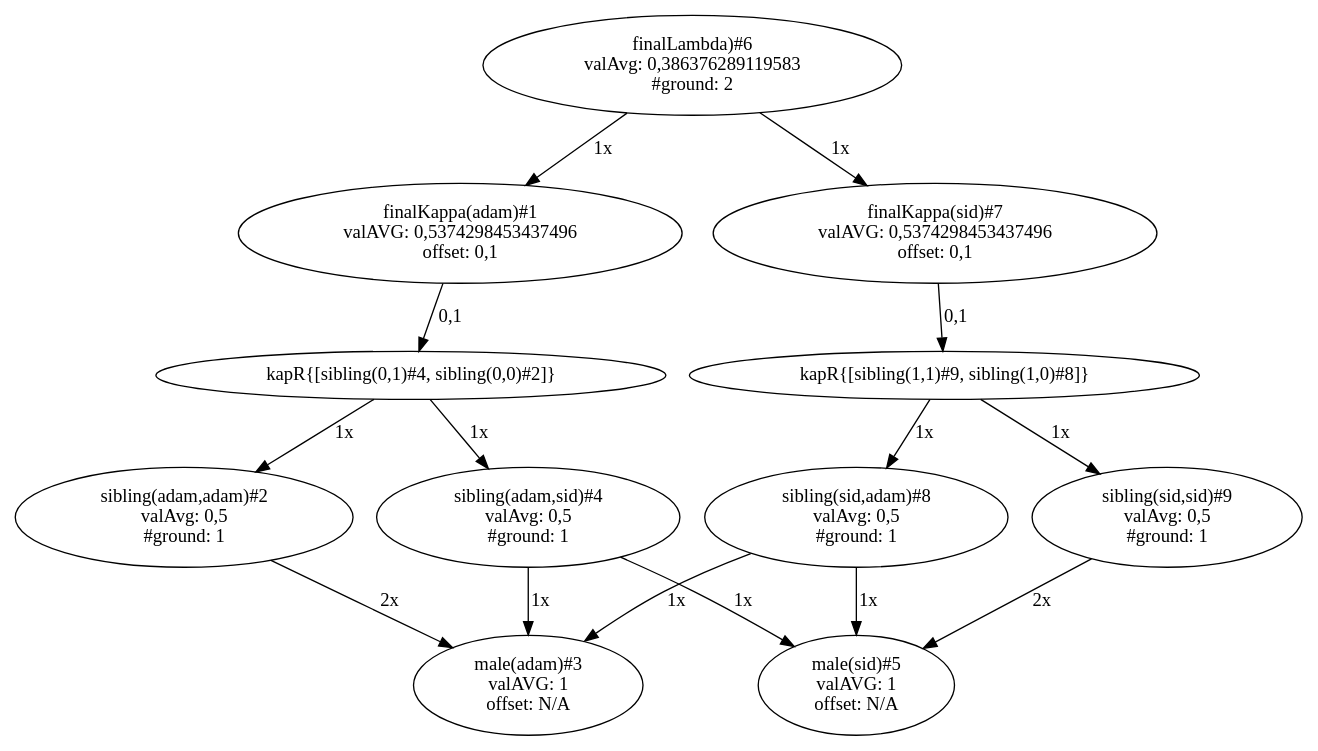
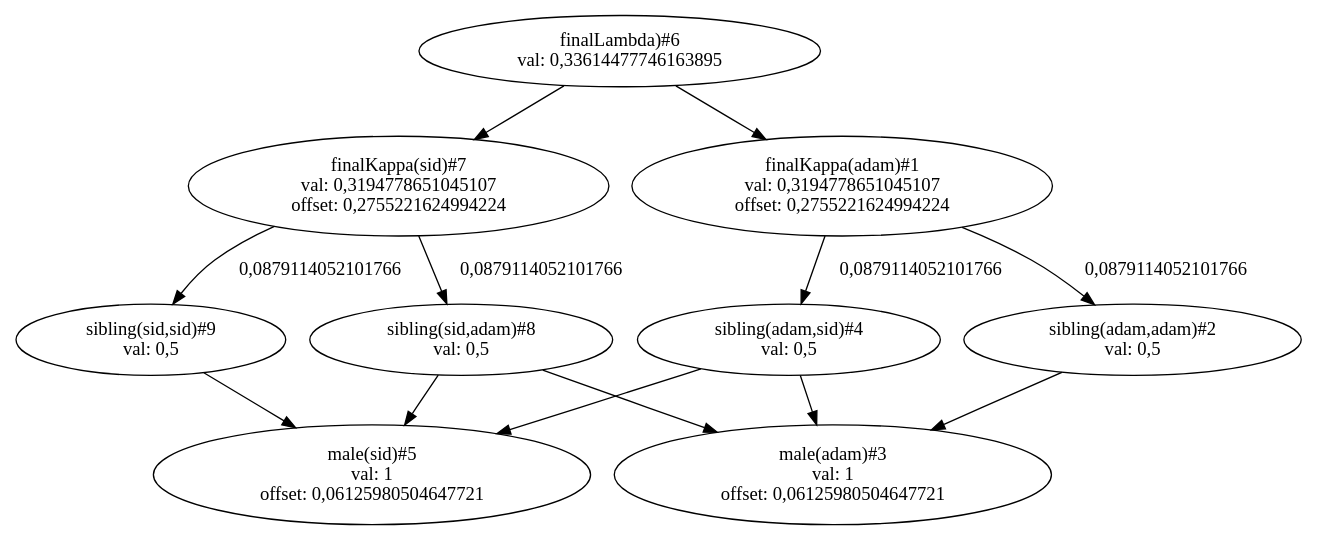
The diagram in graph.dot (GustikS/Neurologic), drawn with Graphviz before and after one commit. The commit also changed 13 other files, not shown here.

Commit message:
Drawing of ground neural networks added and their creation debugged for non-ground lambda-heads, Structure learning interface slightly extended

```diff
--- a/graph.dot
+++ b/graph.dot
@@ -1,60 +1,50 @@
 digraph G {
 "finalLambda)#6
-valAvg: 0,386376289119583
-#ground: 2" -> "finalKappa(adam)#1
-valAVG: 0,5374298453437496
-offset: 0,1" [ label = "1x" ];
+val: 0,33614477746163895" -> "finalKappa(sid)#7
+val: 0,3194778651045107
+offset: 0,2755221624994224";
+"finalKappa(sid)#7
+val: 0,3194778651045107
+offset: 0,2755221624994224" -> "sibling(sid,adam)#8
+val: 0,5" [ label = "0,0879114052101766" ];
+"sibling(sid,adam)#8
+val: 0,5" -> "male(adam)#3
+val: 1
+offset: 0,06125980504647721";
+"sibling(sid,adam)#8
+val: 0,5" -> "male(sid)#5
+val: 1
+offset: 0,06125980504647721";
+"finalKappa(sid)#7
+val: 0,3194778651045107
+offset: 0,2755221624994224" -> "sibling(sid,sid)#9
+val: 0,5" [ label = "0,0879114052101766" ];
+"sibling(sid,sid)#9
+val: 0,5" -> "male(sid)#5
+val: 1
+offset: 0,06125980504647721";
+"finalLambda)#6
+val: 0,33614477746163895" -> "finalKappa(adam)#1
+val: 0,3194778651045107
+offset: 0,2755221624994224";
 "finalKappa(adam)#1
-valAVG: 0,5374298453437496
-offset: 0,1" -> "kapR{[sibling(0,1)#4, sibling(0,0)#2]}" [ label = "0,1" ];
-"kapR{[sibling(0,1)#4, sibling(0,0)#2]}" -> "sibling(adam,sid)#4
-valAvg: 0,5
-#ground: 1" [ label = "1x" ];
-"kapR{[sibling(0,1)#4, sibling(0,0)#2]}" -> "sibling(adam,adam)#2
-valAvg: 0,5
-#ground: 1" [ label = "1x" ];
+val: 0,3194778651045107
+offset: 0,2755221624994224" -> "sibling(adam,sid)#4
+val: 0,5" [ label = "0,0879114052101766" ];
 "sibling(adam,sid)#4
-valAvg: 0,5
-#ground: 1" -> "male(sid)#5
-valAVG: 1
-offset: N/A" [ label = "1x" ];
+val: 0,5" -> "male(adam)#3
+val: 1
+offset: 0,06125980504647721";
 "sibling(adam,sid)#4
-valAvg: 0,5
-#ground: 1" -> "male(adam)#3
-valAVG: 1
-offset: N/A" [ label = "1x" ];
+val: 0,5" -> "male(sid)#5
+val: 1
+offset: 0,06125980504647721";
+"finalKappa(adam)#1
+val: 0,3194778651045107
+offset: 0,2755221624994224" -> "sibling(adam,adam)#2
+val: 0,5" [ label = "0,0879114052101766" ];
 "sibling(adam,adam)#2
-valAvg: 0,5
-#ground: 1" -> "male(adam)#3
-valAVG: 1
-offset: N/A" [ label = "2x" ];
-"finalLambda)#6
-valAvg: 0,386376289119583
-#ground: 2" -> "finalKappa(sid)#7
-valAVG: 0,5374298453437496
-offset: 0,1" [ label = "1x" ];
-"finalKappa(sid)#7
-valAVG: 0,5374298453437496
-offset: 0,1" -> "kapR{[sibling(1,1)#9, sibling(1,0)#8]}" [ label = "0,1" ];
-"kapR{[sibling(1,1)#9, sibling(1,0)#8]}" -> "sibling(sid,sid)#9
-valAvg: 0,5
-#ground: 1" [ label = "1x" ];
-"kapR{[sibling(1,1)#9, sibling(1,0)#8]}" -> "sibling(sid,adam)#8
-valAvg: 0,5
-#ground: 1" [ label = "1x" ];
-"sibling(sid,sid)#9
-valAvg: 0,5
-#ground: 1" -> "male(sid)#5
-valAVG: 1
-offset: N/A" [ label = "2x" ];
-"sibling(sid,adam)#8
-valAvg: 0,5
-#ground: 1" -> "male(sid)#5
-valAVG: 1
-offset: N/A" [ label = "1x" ];
-"sibling(sid,adam)#8
-valAvg: 0,5
-#ground: 1" -> "male(adam)#3
-valAVG: 1
-offset: N/A" [ label = "1x" ];
+val: 0,5" -> "male(adam)#3
+val: 1
+offset: 0,06125980504647721";
 }
```
